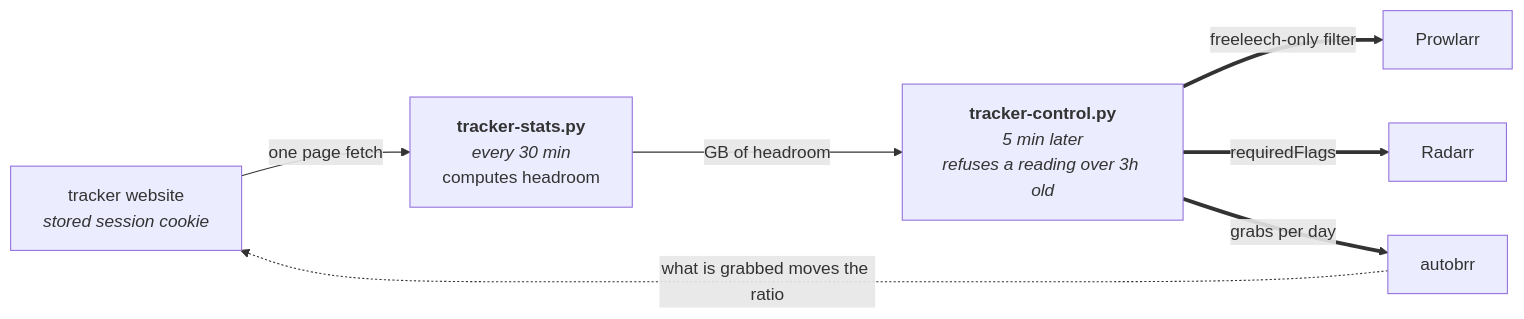
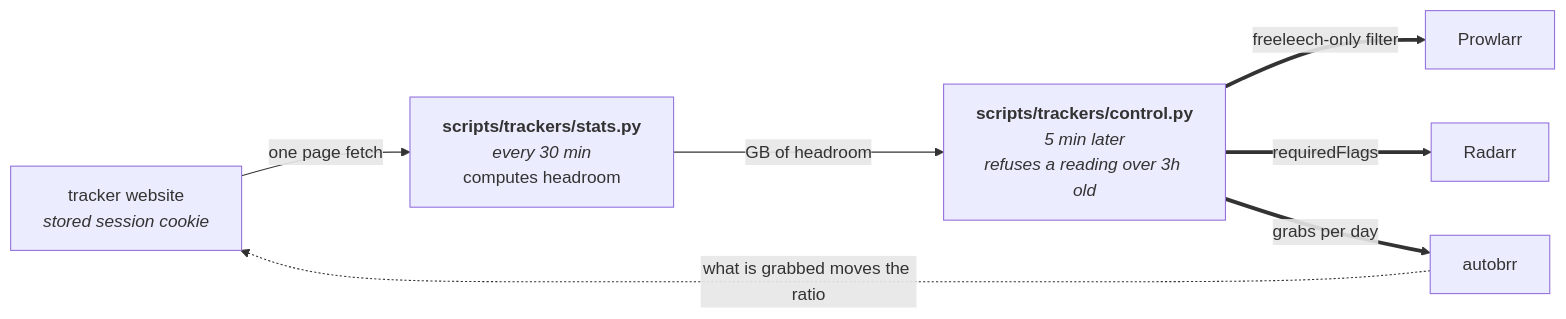
One commit to PlatanosVerdes/rpi-homeserver changed the fifth of 7 diagrams in docs/architecture.md. Above: the diagram before and after it, drawn with Mermaid. The commit also changed other lines of this file and 48 other files, not shown here.

````diff
--- a/docs/architecture.md
+++ b/docs/architecture.md
@@ -194,9 +194,9 @@
 ```mermaid
 flowchart LR
-  SITE["tracker website<br/><i>stored session cookie</i>"] -->|one page fetch| TS["<b>tracker-stats.py</b><br/><i>every 30 min</i><br/>computes headroom"]
-  TS -->|GB of headroom| TC["<b>tracker-control.py</b><br/><i>5 min later</i><br/><i>refuses a reading over 3h old</i>"]
+  SITE["tracker website<br/><i>stored session cookie</i>"] -->|one page fetch| TS["<b>scripts/trackers/stats.py</b><br/><i>every 30 min</i><br/>computes headroom"]
+  TS -->|GB of headroom| TC["<b>scripts/trackers/control.py</b><br/><i>5 min later</i><br/><i>refuses a reading over 3h old</i>"]
   TC ==>|freeleech-only filter| PR["Prowlarr"]
   TC ==>|requiredFlags| RA["Radarr"]
   TC ==>|grabs per day| BR["autobrr"]
   BR -.->|what is grabbed moves the ratio| SITE
 ```
````
